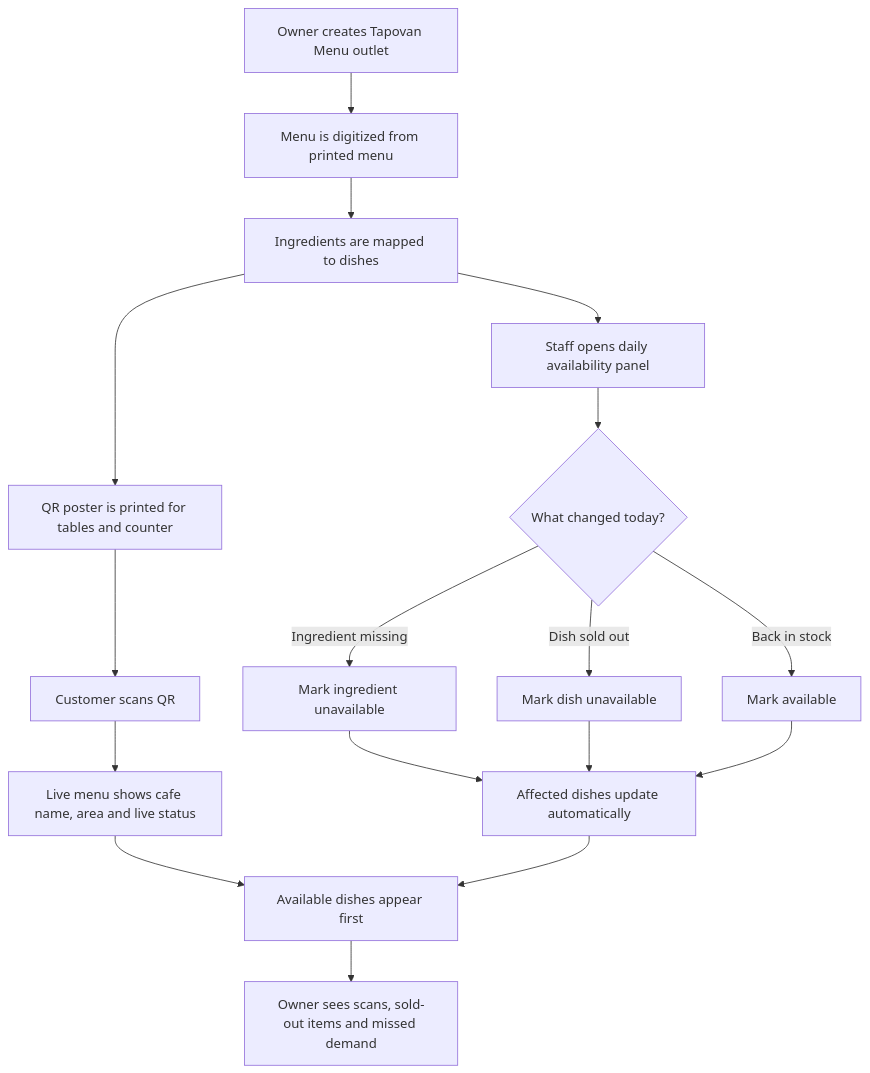
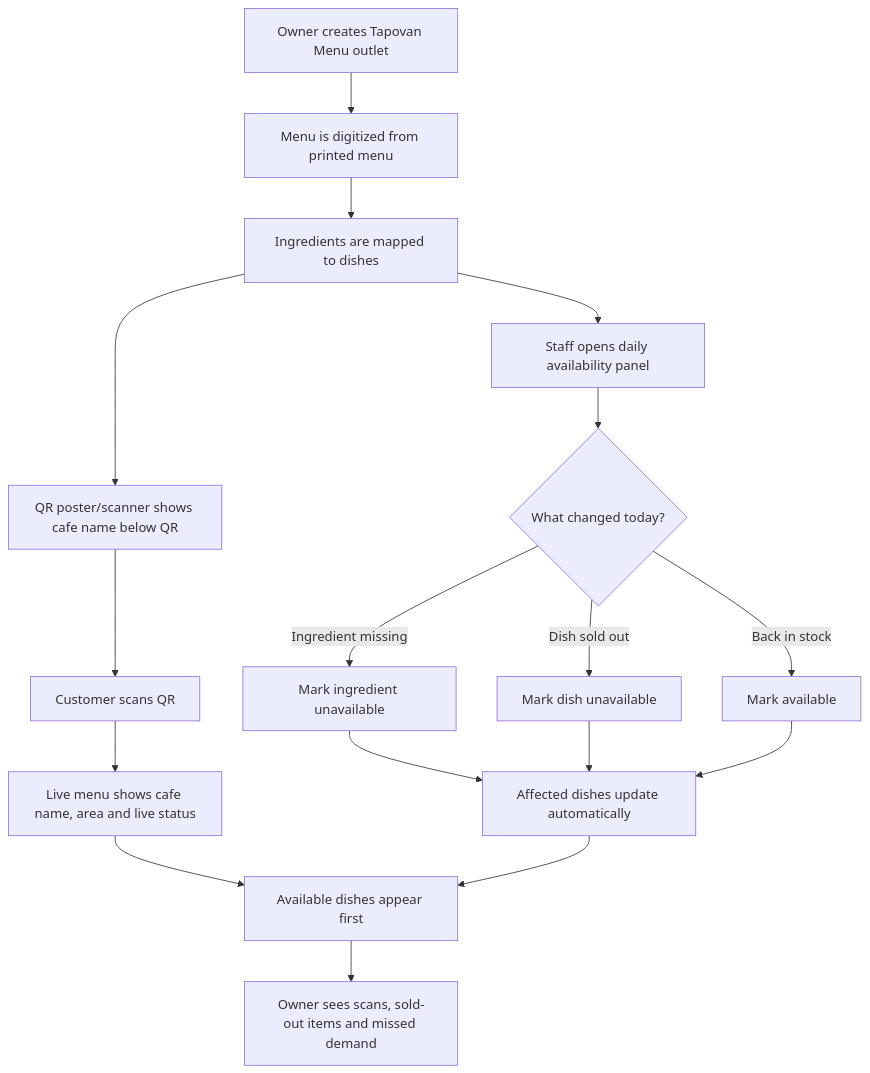
One commit to vaibhavrishikesh/tapovan-menu changed the fourth of 5 diagrams in docs/flow-diagram.md. Above: the diagram before and after it, drawn with Mermaid. The commit also changed 4 other files, not shown here.

First line of the commit message:
Show outlet identity below Tapovan Menu scanner

````diff
--- a/docs/flow-diagram.md
+++ b/docs/flow-diagram.md
@@ -60,19 +60,19 @@
 ```mermaid
 flowchart TD
     A[Owner creates Tapovan Menu outlet] --> B[Menu is digitized from printed menu]
     B --> C[Ingredients are mapped to dishes]
-    C --> D[QR poster is printed for tables and counter]
+    C --> D[QR poster/scanner shows cafe name below QR]
     D --> E[Customer scans QR]
     E --> F[Live menu shows cafe name, area and live status]
     F --> F2[Available dishes appear first]
     C --> G[Staff opens daily availability panel]
     G --> H{What changed today?}
     H -->|Ingredient missing| I[Mark ingredient unavailable]
     H -->|Dish sold out| J[Mark dish unavailable]
     H -->|Back in stock| K[Mark available]
     I --> L[Affected dishes update automatically]
     J --> L
     K --> L
     L --> F2
     F2 --> M[Owner sees scans, sold-out items and missed demand]
 ```
````
